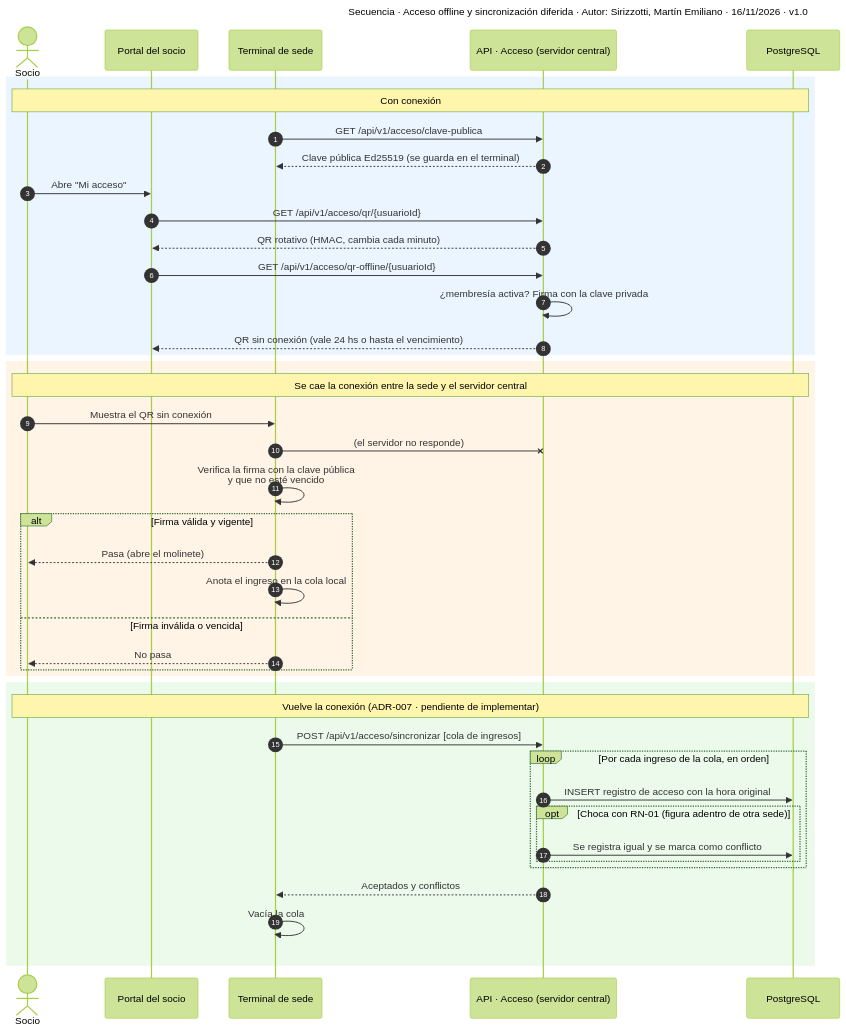
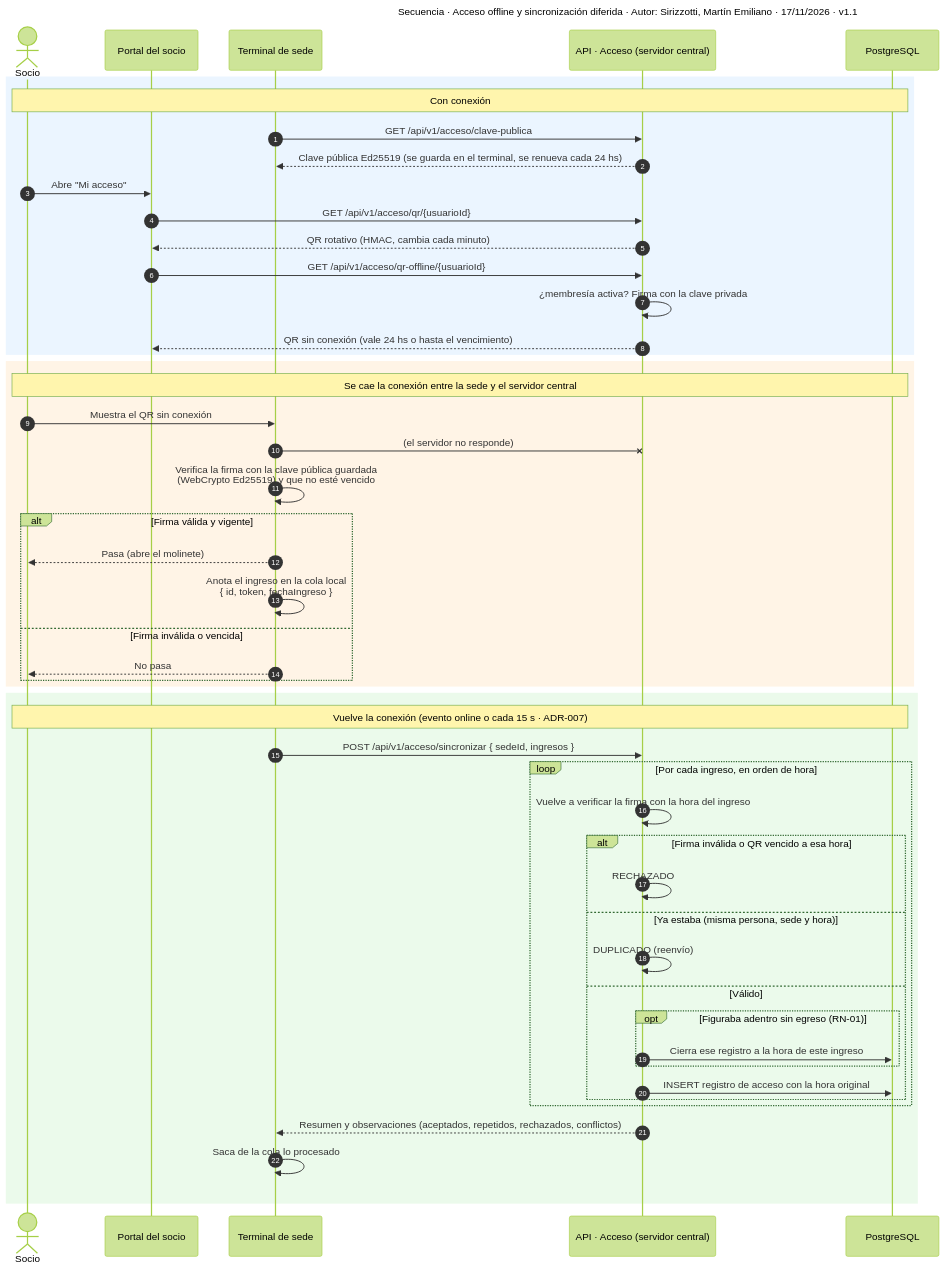
One commit to JackCannon92/TPI-Programaci-n-V---FitZone-Sport changed the diagram in Backend/docs/diagramas/secuencia-acceso-offline.mmd. Above: the diagram before and after it, drawn with Mermaid (forest theme). The commit also changed 8 other files, not shown here.

First line of the commit message:
docs: ADR-007 implementado, diagramas de acceso v1.1 y manual de instalación

```diff
--- a/Backend/docs/diagramas/secuencia-acceso-offline.mmd
+++ b/Backend/docs/diagramas/secuencia-acceso-offline.mmd
@@ -1,50 +1,57 @@
 ---
-title: "Secuencia · Acceso offline y sincronización diferida · Autor: Sirizzotti, Martín Emiliano · 16/11/2026 · v1.0"
+title: "Secuencia · Acceso offline y sincronización diferida · Autor: Sirizzotti, Martín Emiliano · 17/11/2026 · v1.1"
 ---
-%% Fuente: acceso.service.js, qr-token.js, qr-offline.js; sincronización según ADR-007 (pendiente de implementar).
+%% Fuente: acceso.service.js, qr-token.js, qr-offline.js; terminal-offline.js y recepcion.js (terminal); sincronización según ADR-007.
 %% Borrador generado con IA (Claude) y revisado por el autor.
 sequenceDiagram
   autonumber
   actor S as Socio
   participant W as Portal del socio
   participant T as Terminal de sede
   participant A as API · Acceso (servidor central)
   participant DB as PostgreSQL
 
   rect rgb(235, 245, 255)
   Note over S,DB: Con conexión
   T->>A: GET /api/v1/acceso/clave-publica
-  A-->>T: Clave pública Ed25519 (se guarda en el terminal)
+  A-->>T: Clave pública Ed25519 (se guarda en el terminal, se renueva cada 24 hs)
   S->>W: Abre "Mi acceso"
   W->>A: GET /api/v1/acceso/qr/{usuarioId}
   A-->>W: QR rotativo (HMAC, cambia cada minuto)
   W->>A: GET /api/v1/acceso/qr-offline/{usuarioId}
   A->>A: ¿membresía activa? Firma con la clave privada
   A-->>W: QR sin conexión (vale 24 hs o hasta el vencimiento)
   end
 
   rect rgb(255, 244, 230)
   Note over S,DB: Se cae la conexión entre la sede y el servidor central
   S->>T: Muestra el QR sin conexión
   T-xA: (el servidor no responde)
-  T->>T: Verifica la firma con la clave pública<br/>y que no esté vencido
+  T->>T: Verifica la firma con la clave pública guardada<br/>(WebCrypto Ed25519) y que no esté vencido
   alt Firma válida y vigente
     T-->>S: Pasa (abre el molinete)
-    T->>T: Anota el ingreso en la cola local
+    T->>T: Anota el ingreso en la cola local<br/>{ id, token, fechaIngreso }
   else Firma inválida o vencida
     T-->>S: No pasa
   end
   end
 
   rect rgb(235, 250, 235)
-  Note over S,DB: Vuelve la conexión (ADR-007 · pendiente de implementar)
-  T->>A: POST /api/v1/acceso/sincronizar [cola de ingresos]
-  loop Por cada ingreso de la cola, en orden
-    A->>DB: INSERT registro de acceso con la hora original
-    opt Choca con RN-01 (figura adentro de otra sede)
-      A->>DB: Se registra igual y se marca como conflicto
+  Note over S,DB: Vuelve la conexión (evento online o cada 15 s · ADR-007)
+  T->>A: POST /api/v1/acceso/sincronizar { sedeId, ingresos }
+  loop Por cada ingreso, en orden de hora
+    A->>A: Vuelve a verificar la firma con la hora del ingreso
+    alt Firma inválida o QR vencido a esa hora
+      A->>A: RECHAZADO
+    else Ya estaba (misma persona, sede y hora)
+      A->>A: DUPLICADO (reenvío)
+    else Válido
+      opt Figuraba adentro sin egreso (RN-01)
+        A->>DB: Cierra ese registro a la hora de este ingreso
+      end
+      A->>DB: INSERT registro de acceso con la hora original
     end
   end
-  A-->>T: Aceptados y conflictos
-  T->>T: Vacía la cola
+  A-->>T: Resumen y observaciones (aceptados, repetidos, rechazados, conflictos)
+  T->>T: Saca de la cola lo procesado
   end
```
